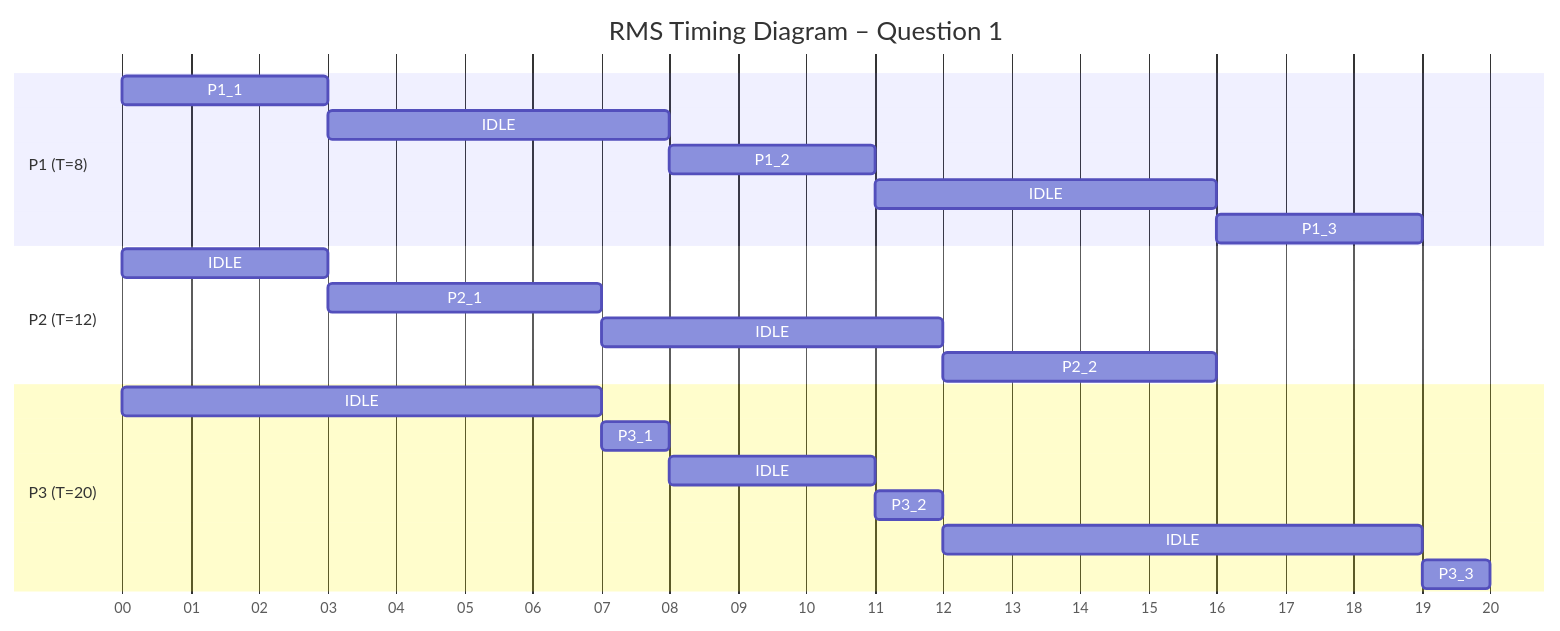
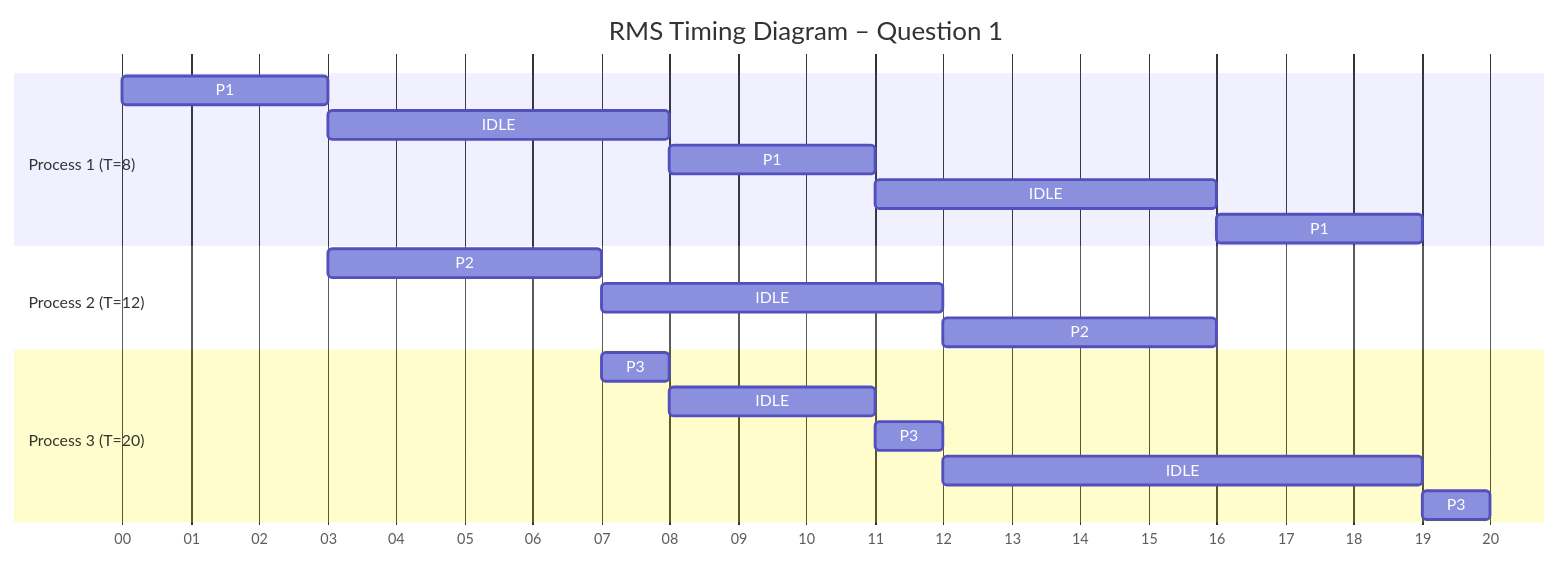
Before and after one commit to fareenlavji/rtConcurrentSystems: the first of 3 diagrams in assignment05/assignment05Report.md, drawn with Mermaid. The commit also changed other lines of this file, not shown here.

Commit message:
Refactor timing diagram sections in report

````diff
--- a/assignment05/assignment05Report.md
+++ b/assignment05/assignment05Report.md
@@ -26,27 +26,25 @@
 ```mermaid
 gantt
     title RMS Timing Diagram – Question 1
     dateFormat  s
     axisFormat  %S
 
-    section P1 (T=8)
-    P1_1 :0, 3
+    section Process 1 (T=8)
+    P1: 0, 3
     IDLE: 3, 8
-    P1_2 :8, 11
+    P1: 8, 11
     IDLE: 11, 16
-    P1_3 :16, 19
+    P1: 16, 19
 
-    section P2 (T=12)
-    IDLE: 0, 3
-    P2_1 :3, 7
+    section Process 2 (T=12)
+    P2: 3, 7
     IDLE: 7, 12
-    P2_2 :12, 16
+    P2: 12, 16
 
-    section P3 (T=20)
-    IDLE: 0, 7
-    P3_1 :7, 8
+    section Process 3 (T=20)
+    P3: 7, 8
     IDLE: 8, 11
-    P3_2 :11, 12
+    P3: 11, 12
     IDLE: 12, 19
-    P3_3 :19, 20
+    P3: 19, 20
 ```
````
